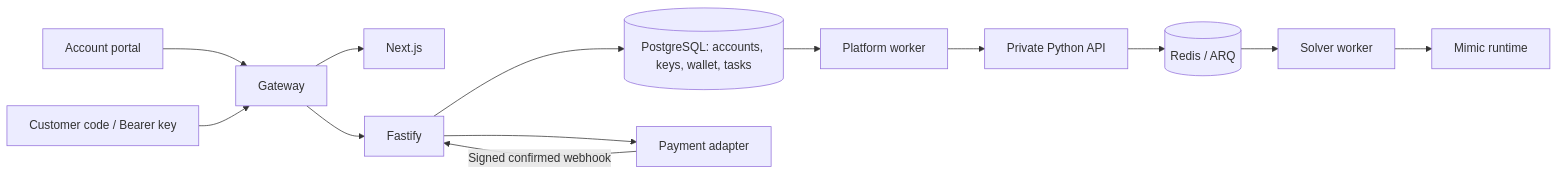
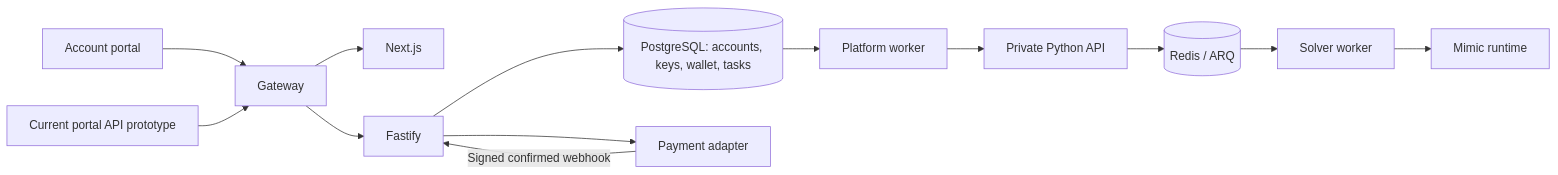
The diagram in docs/operations.md (d3ede/huginn-website), drawn with Mermaid before and after one commit. The commit also changed other lines of this file and 7 other files, not shown here.

````diff
--- a/docs/operations.md
+++ b/docs/operations.md
@@ -21,15 +21,15 @@
 ```mermaid
 flowchart LR
   Browser[Account portal] --> Gateway
-  Customer[Customer code / Bearer key] --> Gateway
+  Customer[Current portal API prototype] --> Gateway
   Gateway --> Web[Next.js]
   Gateway --> API[Fastify]
   API --> DB[(PostgreSQL: accounts, keys, wallet, tasks)]
   DB --> PW[Platform worker]
   PW --> Private[Private Python API]
   Private --> Redis[(Redis / ARQ)]
   Redis --> Worker[Solver worker]
   Worker --> Mimic[Mimic runtime]
   API --> Payment[Payment adapter]
   Payment -->|Signed confirmed webhook| API
 ```
````
